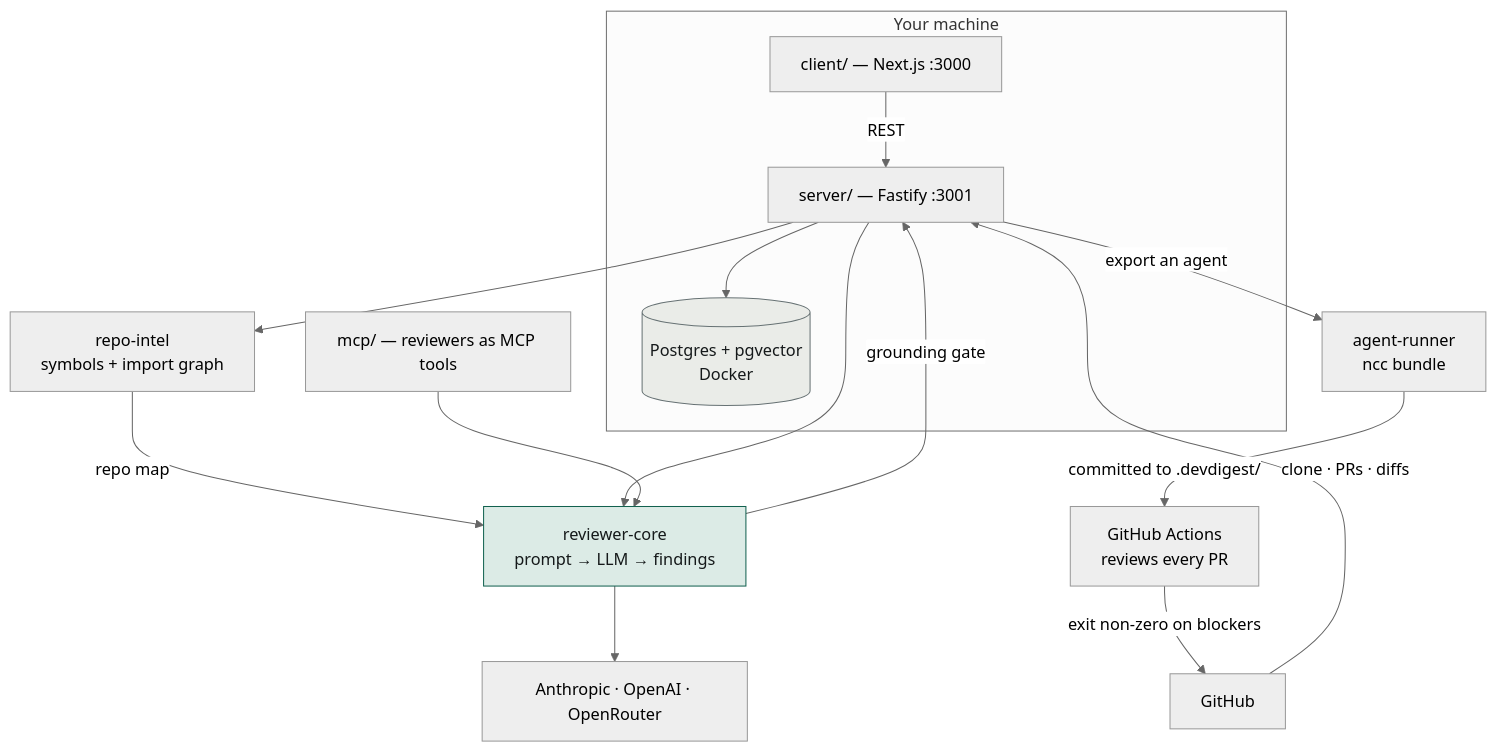
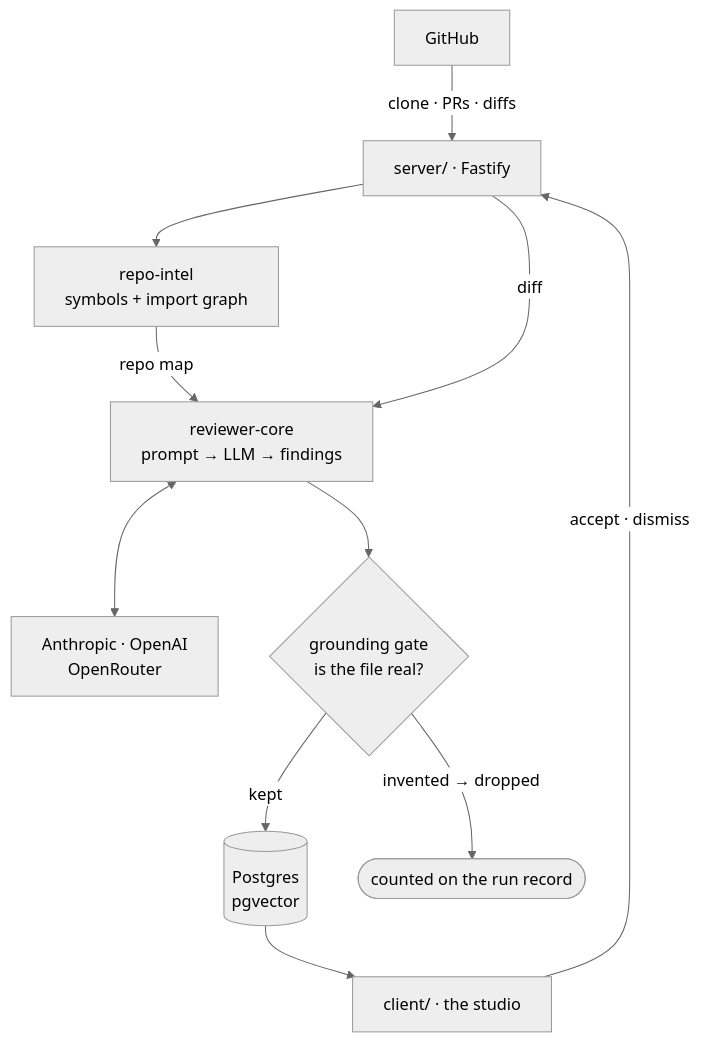
One commit to AIengineerDev/dev-digest changed the first of 2 diagrams in README.md. Above: the diagram before and after it, drawn with Mermaid (neutral theme). The commit also changed other lines of this file, not shown here.

Commit message:
docs(readme): two small diagrams instead of one crowded one
One twelve-node flowchart tried to show the local review loop and the CI
export path at once. Half its nodes sat outside the subgraph they belonged to
and a long edge looped back across the whole picture, so it rendered wide,
cramped and hard to follow — which is worse than no diagram.

Split by the two questions a reader actually has. The first shows the review
loop and makes the grounding gate an explicit decision node with both of its
outcomes drawn, kept and dropped, since that gate is the reason the findings
are worth reading. The second shows how an exported agent leaves the machine
and fails a check on its own.

Dropped the custom fill colours: they were picked against a light background
and would have read badly in GitHub's dark theme.

````diff
--- a/README.md
+++ b/README.md
@@ -59,26 +61,22 @@
 ```mermaid
 flowchart TB
-  subgraph Local["Your machine"]
-    WEB["client/ — Next.js :3000"]
-    API["server/ — Fastify :3001"]
-    PG[("Postgres + pgvector<br/>Docker")]
-    WEB -->|"REST"| API
-    API --> PG
-  end
+  GH["GitHub"]
+  API["server/ · Fastify"]
+  IDX["repo-intel<br/>symbols + import graph"]
+  ENG["reviewer-core<br/>prompt → LLM → findings"]
+  LLM["Anthropic · OpenAI<br/>OpenRouter"]
+  GATE{"grounding gate<br/>is the file real?"}
+  WEB["client/ · the studio"]
+  PG[("Postgres<br/>pgvector")]
 
-  GH["GitHub"] -->|"clone · PRs · diffs"| API
-  API --> IDX["repo-intel<br/>symbols + import graph"]
-  IDX -->|"repo map"| ENG
-  API --> ENG["reviewer-core<br/>prompt → LLM → findings"]
-  ENG -->|"grounding gate"| API
-  ENG --> LLM["Anthropic · OpenAI · OpenRouter"]
-
-  API -->|"export an agent"| RUN["agent-runner<br/>ncc bundle"]
-  RUN -->|"committed to .devdigest/"| ACT["GitHub Actions<br/>reviews every PR"]
-  ACT -->|"exit non-zero on blockers"| GH
-
-  MCP["mcp/ — reviewers as MCP tools"] --> ENG
-
-  style ENG fill:#dcebe6,stroke:#12614f,color:#15191a
-  style PG fill:#eaece8,stroke:#677274,color:#15191a
+  GH -- "clone · PRs · diffs" --> API
+  API --> IDX
+  IDX -- "repo map" --> ENG
+  API -- "diff" --> ENG
+  ENG <--> LLM
+  ENG --> GATE
+  GATE -- "kept" --> PG
+  GATE -- "invented → dropped" --> X(["counted on the run record"])
+  PG --> WEB
+  WEB -- "accept · dismiss" --> API
 ```
````
